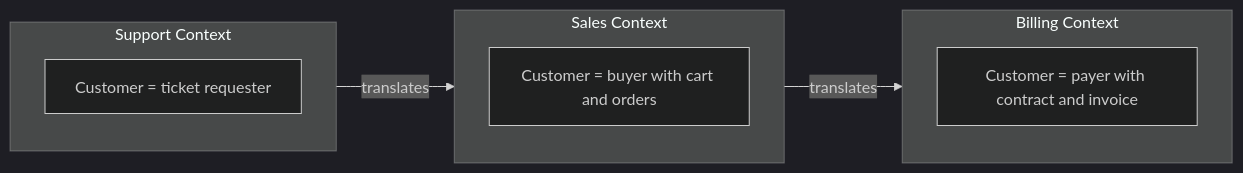
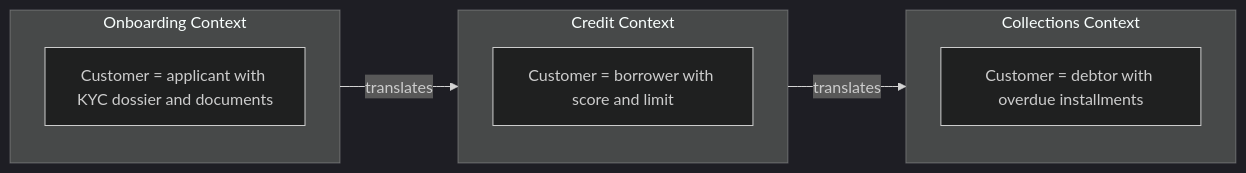
One commit to alancesar/design-patterns changed the diagram in i18n/en/docusaurus-plugin-content-docs/current/design/ddd/model-in-practice/bounded-context.md. Above: the diagram before and after it, drawn with Mermaid (dark theme). The commit also changed other lines of this file and 67 other files, not shown here.

First line of the commit message:
Switch DDD examples and diagrams to fintech scenarios

````diff
--- a/i18n/en/docusaurus-plugin-content-docs/current/design/ddd/model-in-practice/bounded-context.md
+++ b/i18n/en/docusaurus-plugin-content-docs/current/design/ddd/model-in-practice/bounded-context.md
@@ -55,14 +55,14 @@
 ```mermaid
 flowchart LR
-    subgraph Vendas ["Sales Context"]
-        V1["Customer = buyer with cart and orders"]
+    subgraph Onboarding ["Onboarding Context"]
+        O1["Customer = applicant with KYC dossier and documents"]
     end
-    subgraph Suporte ["Support Context"]
-        S1["Customer = ticket requester"]
+    subgraph Credito ["Credit Context"]
+        R1["Customer = borrower with score and limit"]
     end
-    subgraph Cobranca ["Billing Context"]
-        C1["Customer = payer with contract and invoice"]
+    subgraph Cobranca ["Collections Context"]
+        C1["Customer = debtor with overdue installments"]
     end
-    Vendas -->|"translates"| Cobranca
-    Suporte -->|"translates"| Vendas
+    Onboarding -->|"translates"| Credito
+    Credito -->|"translates"| Cobranca
 ```
````
